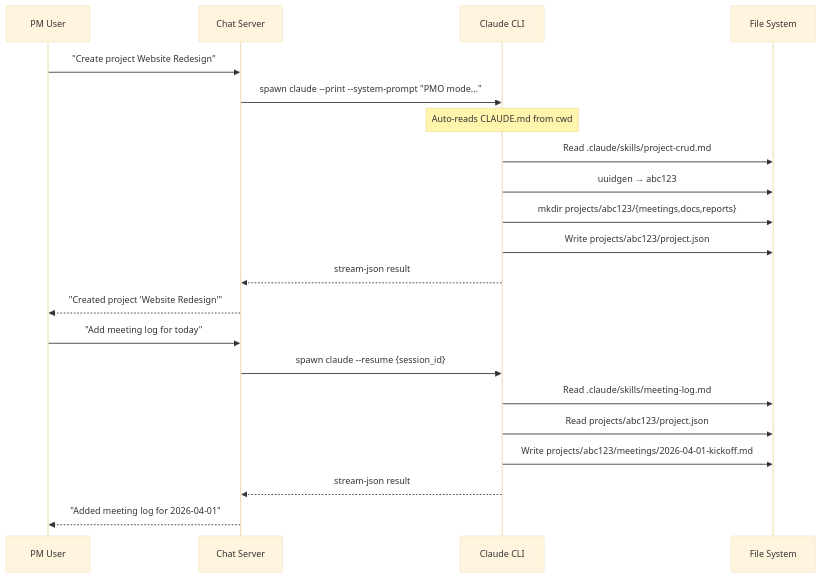
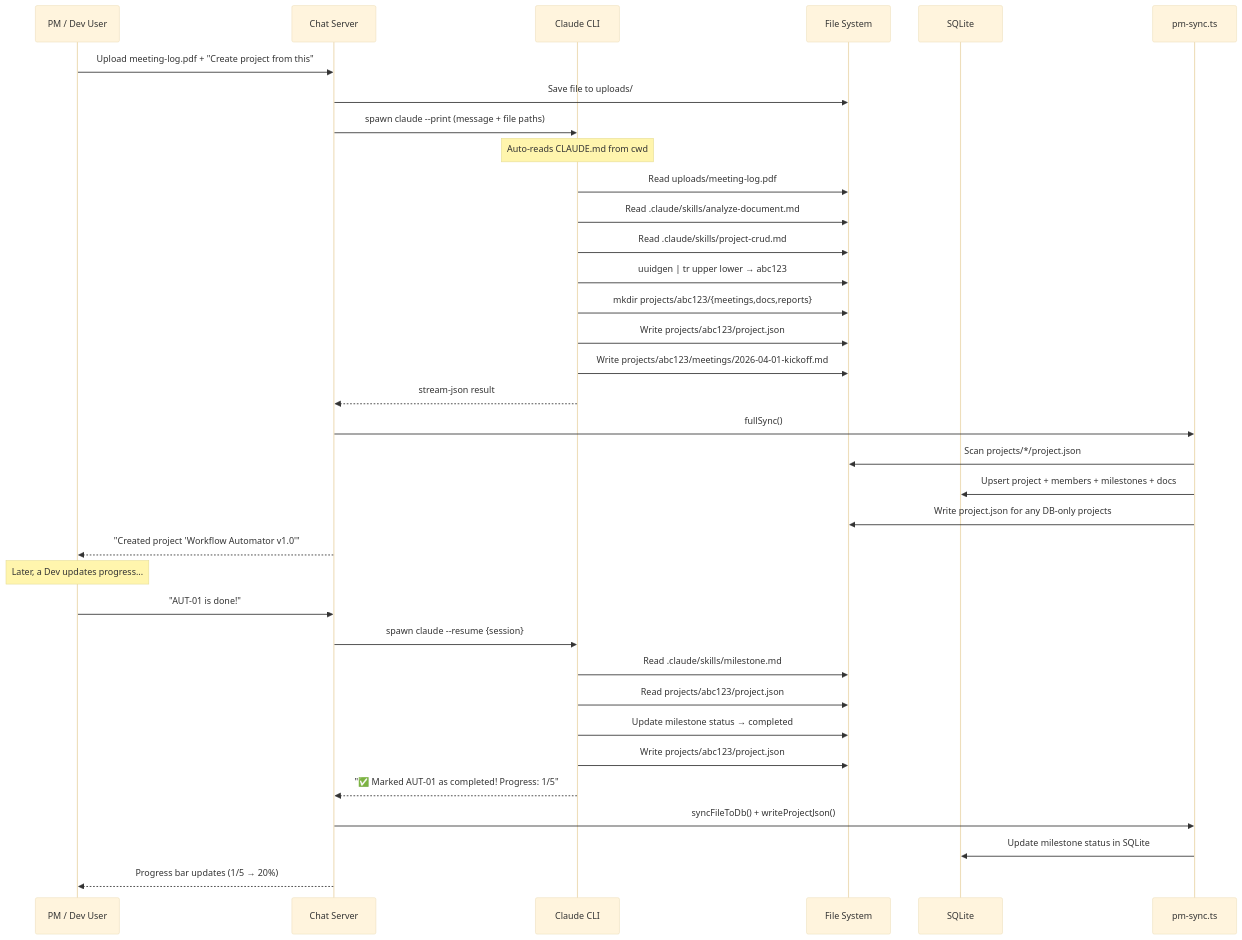
The second of 5 diagrams in README.md (potenlab/project-automation-harness), drawn with Mermaid (base theme) before and after one commit. The commit also changed other lines of this file and 4 other files, not shown here.

First line of the commit message:
feat: chat-based progress updates, RTF support, updated README

````diff
--- a/README.md
+++ b/README.md
@@ -48,27 +57,41 @@
 ```mermaid
 sequenceDiagram
-    participant User as PM User
+    participant User as PM / Dev User
     participant Chat as Chat Server
     participant CLI as Claude CLI
     participant FS as File System
+    participant DB as SQLite
+    participant Sync as pm-sync.ts
 
-    User->>Chat: "Create project Website Redesign"
-    Chat->>CLI: spawn claude --print --system-prompt "PMO mode..."
+    User->>Chat: Upload meeting-log.pdf + "Create project from this"
+    Chat->>FS: Save file to uploads/
+    Chat->>CLI: spawn claude --print (message + file paths)
     
     Note over CLI: Auto-reads CLAUDE.md from cwd
+    CLI->>FS: Read uploads/meeting-log.pdf
+    CLI->>FS: Read .claude/skills/analyze-document.md
     CLI->>FS: Read .claude/skills/project-crud.md
-    CLI->>FS: uuidgen → abc123
+    CLI->>FS: uuidgen | tr upper lower → abc123
     CLI->>FS: mkdir projects/abc123/{meetings,docs,reports}
     CLI->>FS: Write projects/abc123/project.json
+    CLI->>FS: Write projects/abc123/meetings/2026-04-01-kickoff.md
     
     CLI-->>Chat: stream-json result
-    Chat-->>User: "Created project 'Website Redesign'"
-    
-    User->>Chat: "Add meeting log for today"
-    Chat->>CLI: spawn claude --resume {session_id}
-    CLI->>FS: Read .claude/skills/meeting-log.md
+    Chat->>Sync: fullSync()
+    Sync->>FS: Scan projects/*/project.json
+    Sync->>DB: Upsert project + members + milestones + docs
+    Sync->>FS: Write project.json for any DB-only projects
+    Chat-->>User: "Created project 'Workflow Automator v1.0'"
+
+    Note over User: Later, a Dev updates progress...
+    User->>Chat: "AUT-01 is done!"
+    Chat->>CLI: spawn claude --resume {session}
+    CLI->>FS: Read .claude/skills/milestone.md
     CLI->>FS: Read projects/abc123/project.json
-    CLI->>FS: Write projects/abc123/meetings/2026-04-01-kickoff.md
-    CLI-->>Chat: stream-json result
-    Chat-->>User: "Added meeting log for 2026-04-01"
+    CLI->>FS: Update milestone status → completed
+    CLI->>FS: Write projects/abc123/project.json
+    CLI-->>Chat: "✅ Marked AUT-01 as completed! Progress: 1/5"
+    Chat->>Sync: syncFileToDb() + writeProjectJson()
+    Sync->>DB: Update milestone status in SQLite
+    Chat-->>User: Progress bar updates (1/5 → 20%)
 ```
````
